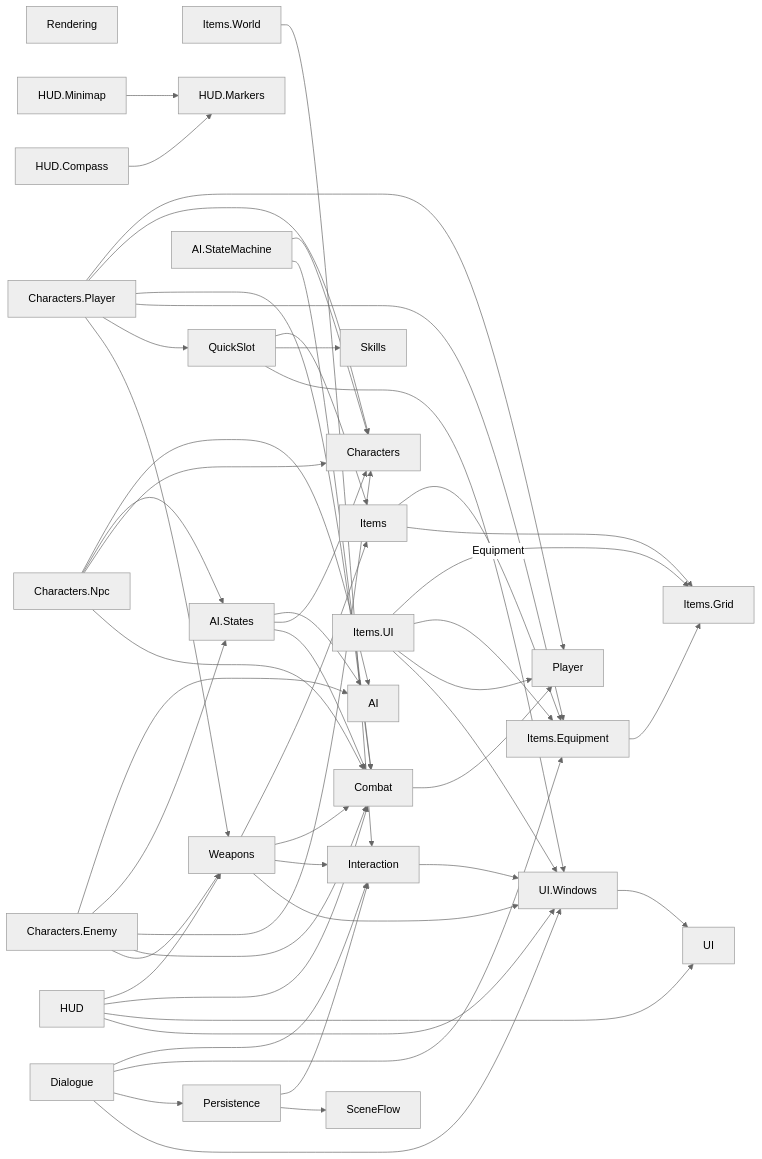
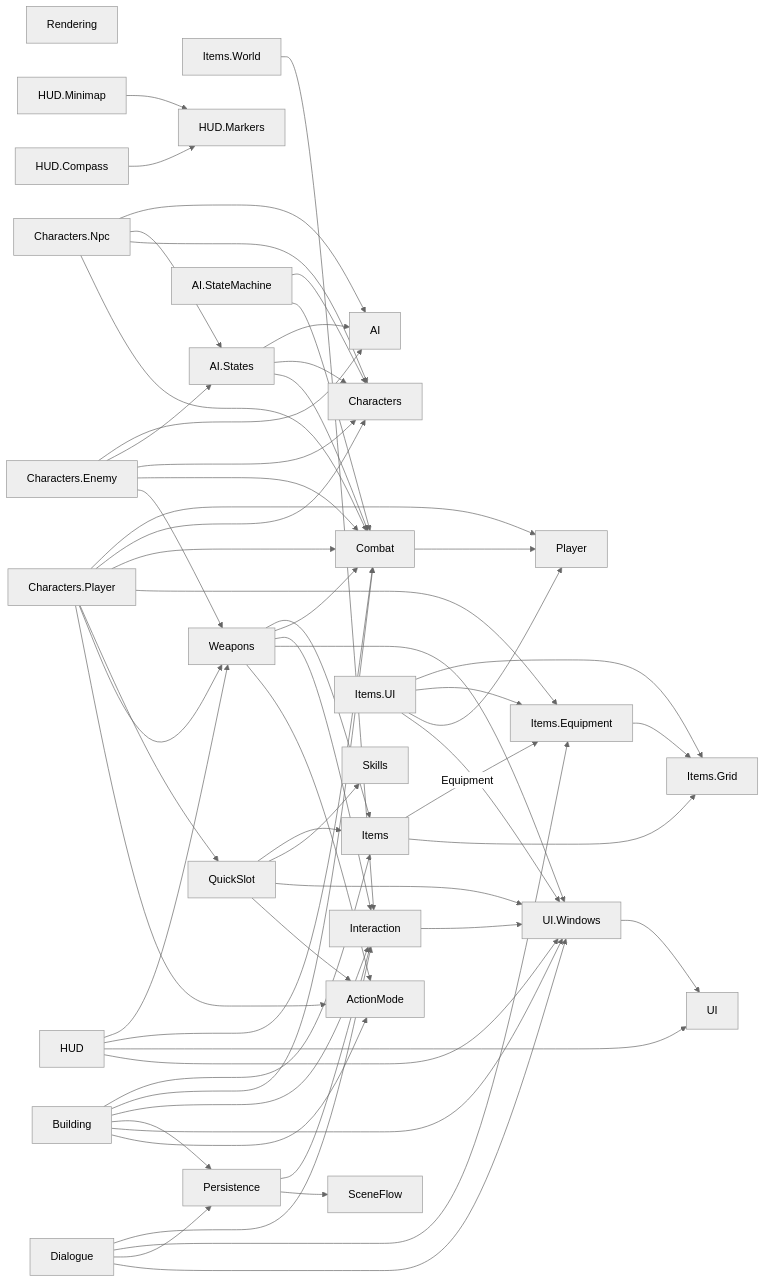
One commit to Seung-Hyun-211/ClaudeUnityPluginTest changed the diagram in documents/codebase-map.md. Above: the diagram before and after it, drawn with Mermaid (neutral theme). The commit also changed other lines of this file and 7 other files, not shown here.

````diff
--- a/documents/codebase-map.md
+++ b/documents/codebase-map.md
@@ -94,57 +98,66 @@
 ```mermaid
 graph LR
   Player
   Skills
   Interaction
   Rendering
   Items --> |Equipment| ItemsEquip[Items.Equipment]
   ItemsEquip --> ItemsGrid[Items.Grid]
   Items --> ItemsGrid
   ItemsWorld[Items.World] --> Interaction
   Combat --> Player
   QuickSlot --> Items
   QuickSlot --> Skills
   QuickSlot --> UIWindows
   Interaction --> UIWindows
   Weapons --> Items
   Weapons --> Combat
   Weapons --> Interaction
   Weapons --> UIWindows
   CharPlayer[Characters.Player] --> Player
   CharPlayer --> Characters
   CharPlayer --> Combat
   CharPlayer --> ItemsEquip
   CharPlayer --> QuickSlot
   CharPlayer --> Weapons
   AiStates[AI.States] --> AI
   AiStates --> Characters
   AiStates --> Combat
   AiCore[AI.StateMachine] --> Characters
   AiCore --> Combat
   ItemsUI[Items.UI] --> ItemsGrid
   ItemsUI --> ItemsEquip
   ItemsUI --> Player
   ItemsUI --> UIWindows[UI.Windows]
   UIWindows --> UI
   HUD --> Weapons
   HUD --> Combat
   HUD --> UI
   HUD --> UIWindows
   HUDMinimap[HUD.Minimap] --> HUDMarkers[HUD.Markers]
   HUDCompass[HUD.Compass] --> HUDMarkers
   CharEnemy[Characters.Enemy] --> AI
   CharEnemy --> AiStates
   CharEnemy --> Characters
   CharEnemy --> Combat
   CharEnemy --> Weapons
   CharNpc[Characters.Npc] --> AI
   CharNpc --> AiStates
   CharNpc --> Characters
   CharNpc --> Combat
   Persistence --> Interaction
+  Building --> Items
+  Building --> Combat
+  Building --> Interaction
+  Building --> Persistence
+  Building --> UIWindows
+  Building --> ActionMode
+  QuickSlot --> ActionMode
+  Weapons --> ActionMode
+  CharPlayer --> ActionMode
   Dialogue --> Interaction
   Dialogue --> ItemsEquip
   Dialogue --> Persistence
   Dialogue --> UIWindows
   Persistence --> SceneFlow
 ```
````
